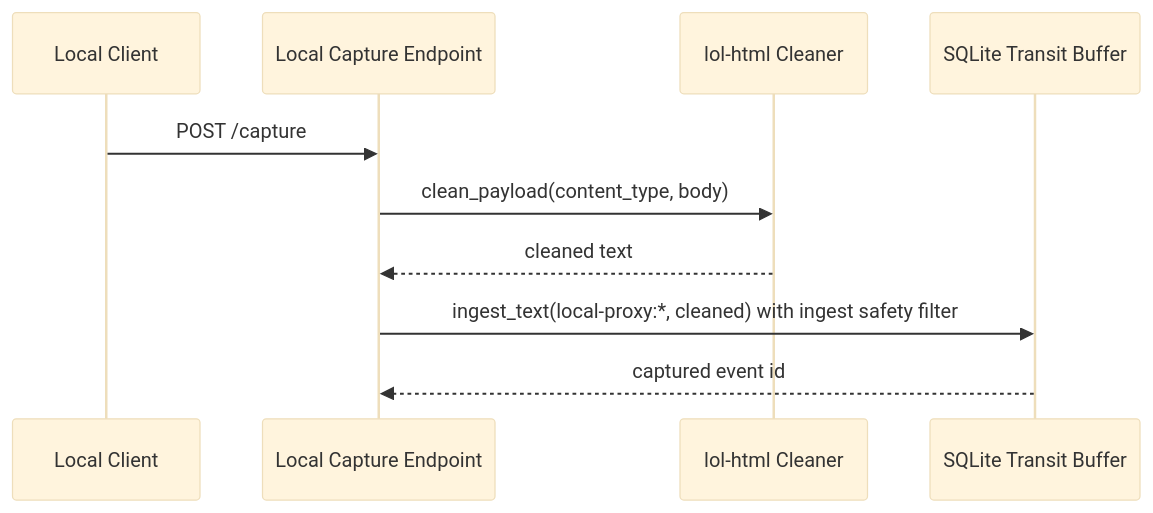
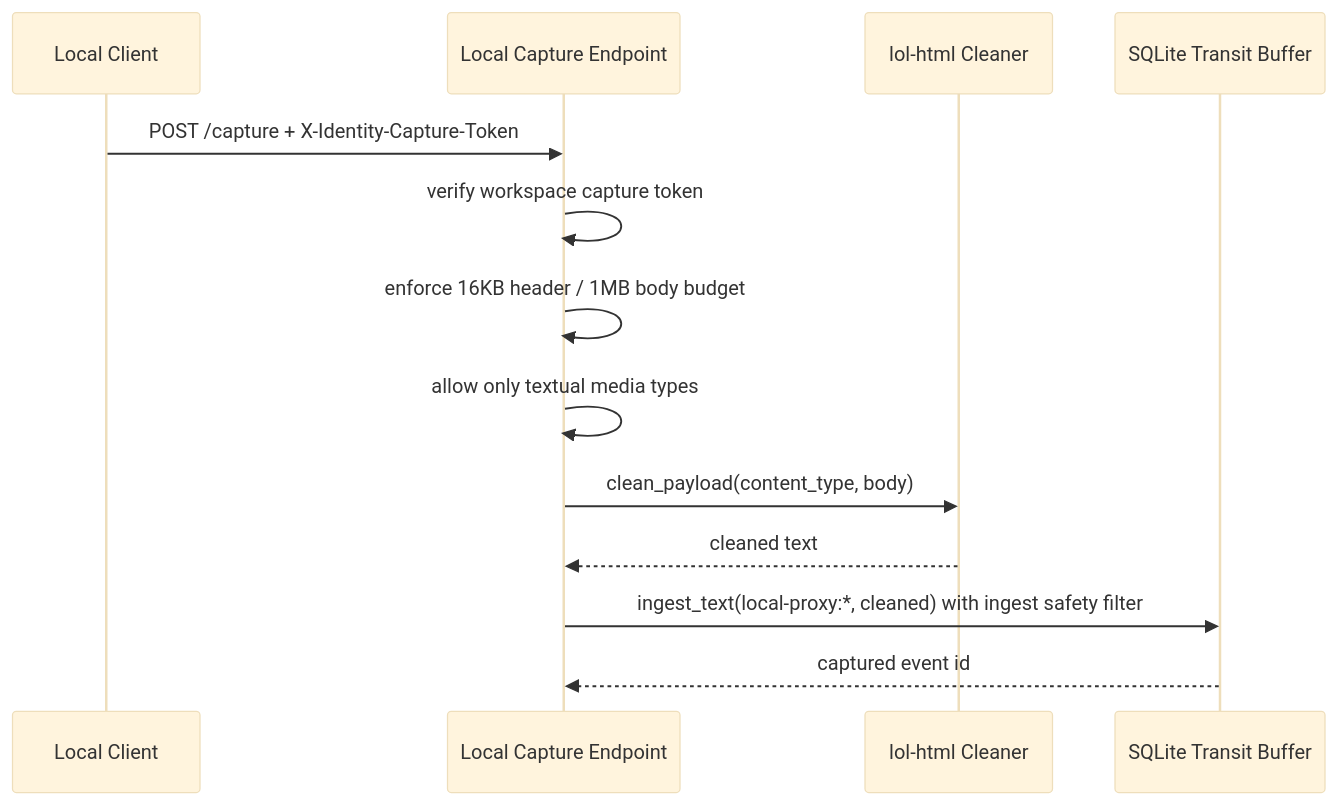
One commit to FiNdAlMkSkInDaL/Identity changed the fifth of 15 diagrams in docs/system-map.md. Above: the diagram before and after it, drawn with Mermaid (base theme). The commit also changed other lines of this file and 16 other files, not shown here.

````diff
--- a/docs/system-map.md
+++ b/docs/system-map.md
@@ -241,13 +249,16 @@
 ```mermaid
 sequenceDiagram
     participant Client as Local Client
     participant Proxy as Local Capture Endpoint
     participant Cleaner as lol-html Cleaner
     participant Transit as SQLite Transit Buffer
 
-    Client->>Proxy: POST /capture
+    Client->>Proxy: POST /capture + X-Identity-Capture-Token
+    Proxy->>Proxy: verify workspace capture token
+    Proxy->>Proxy: enforce 16KB header / 1MB body budget
+    Proxy->>Proxy: allow only textual media types
     Proxy->>Cleaner: clean_payload(content_type, body)
     Cleaner-->>Proxy: cleaned text
     Proxy->>Transit: ingest_text(local-proxy:*, cleaned) with ingest safety filter
     Transit-->>Proxy: captured event id
 ```
````
